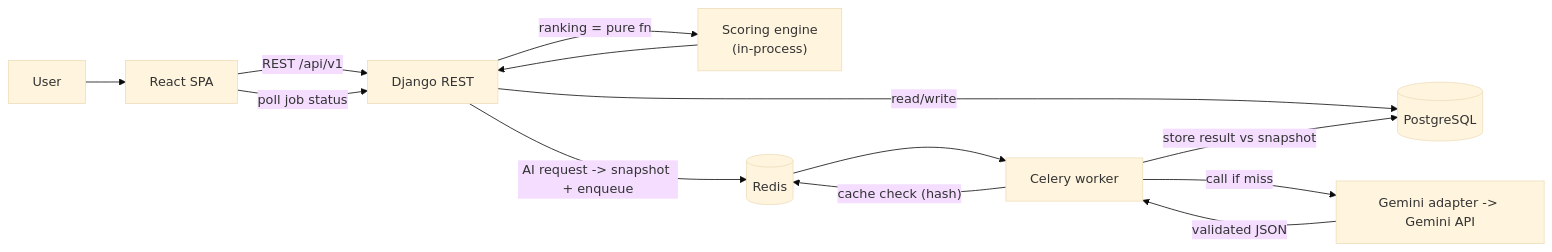
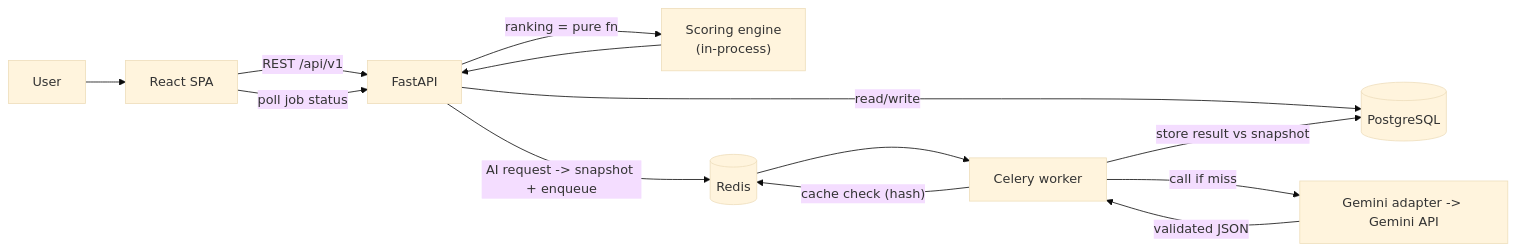
Before and after one commit to Dhananjay-Vaidya/Design-Forge: the second of 8 diagrams in docs/03-system-architecture.md, drawn with Mermaid (base theme). The commit also changed other lines of this file and 200 other files, not shown here.

````diff
--- a/docs/03-system-architecture.md
+++ b/docs/03-system-architecture.md
@@ -97,15 +97,15 @@
 ```mermaid
 flowchart LR
     U["User"] --> FE["React SPA"]
-    FE -->|"REST /api/v1"| API["Django REST"]
+    FE -->|"REST /api/v1"| API["FastAPI"]
     API -->|read/write| PG[("PostgreSQL")]
     API -->|"ranking = pure fn"| ENG["Scoring engine<br/>(in-process)"]
     ENG --> API
     API -->|"AI request -> snapshot + enqueue"| RD[("Redis")]
     RD --> WK["Celery worker"]
     WK -->|"cache check (hash)"| RD
     WK -->|"call if miss"| G["Gemini adapter -> Gemini API"]
     G -->|"validated JSON"| WK
     WK -->|"store result vs snapshot"| PG
     FE -->|"poll job status"| API
 ```
````
